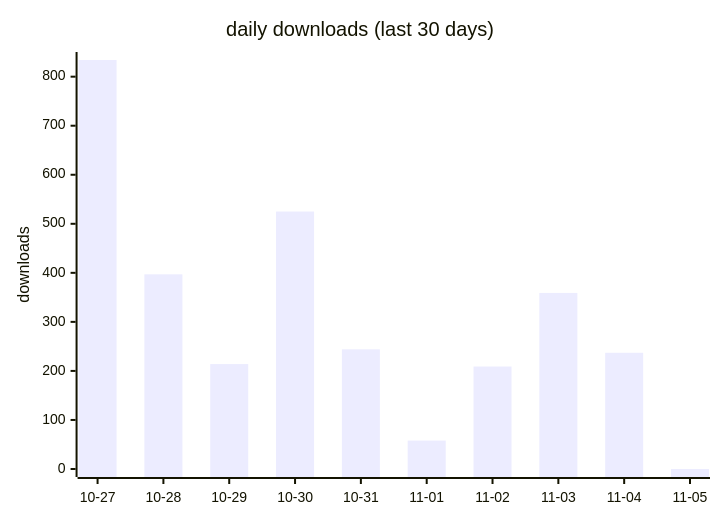
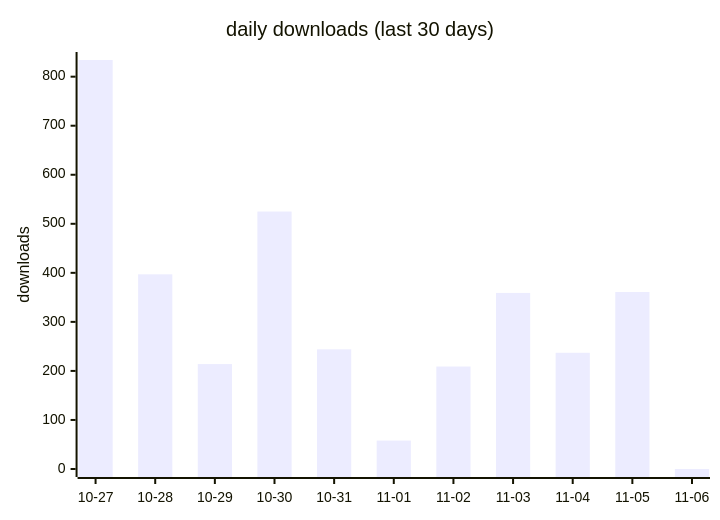
Before and after one commit to terry2010/dsh-rss-news-daily: the first of 2 diagrams in docs/downloads-2026.md, drawn with Mermaid. The commit also changed other lines of this file and 1 other file, not shown here.

````diff
--- a/docs/downloads-2026.md
+++ b/docs/downloads-2026.md
@@ -19,7 +19,7 @@
 ```mermaid
 xychart-beta
     title "daily downloads (last 30 days)"
-    x-axis ["10-27", "10-28", "10-29", "10-30", "10-31", "11-01", "11-02", "11-03", "11-04", "11-05"]
+    x-axis ["10-27", "10-28", "10-29", "10-30", "10-31", "11-01", "11-02", "11-03", "11-04", "11-05", "11-06"]
     y-axis "downloads" 0 --> 834
-    bar [834, 397, 214, 525, 244, 58, 209, 359, 237, 0]
+    bar [834, 397, 214, 525, 244, 58, 209, 359, 237, 361, 0]
 ```
````
